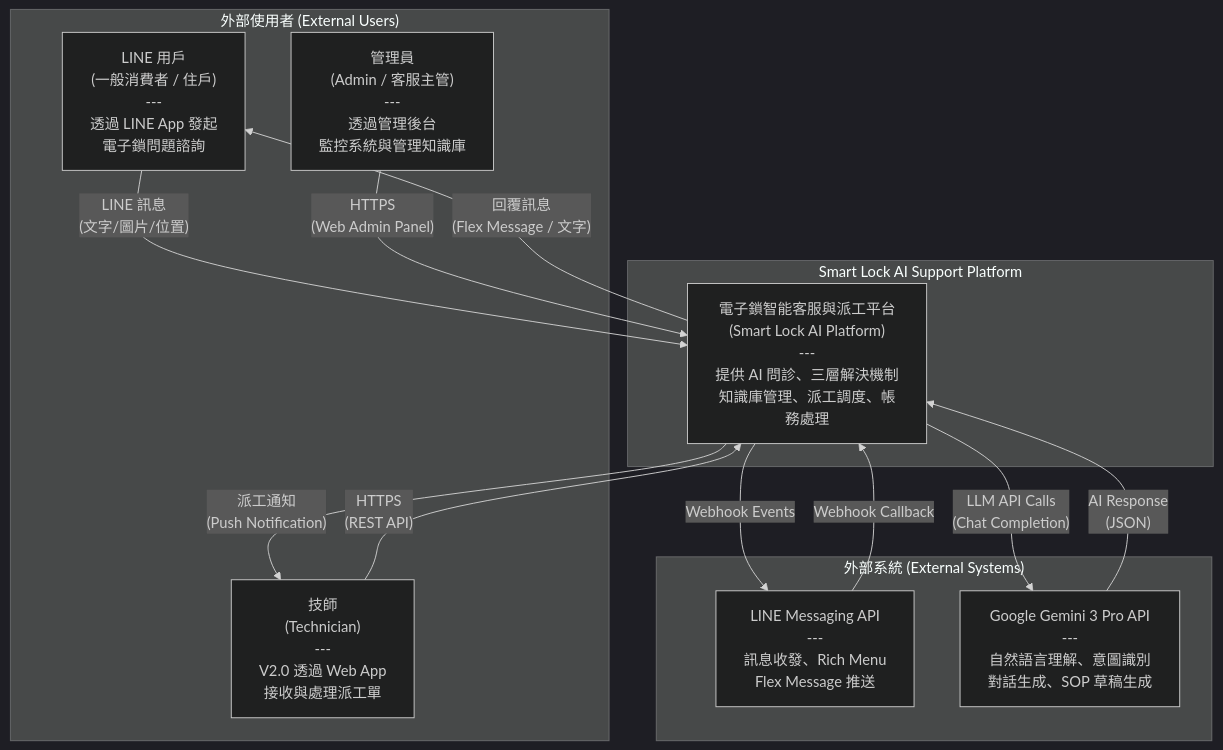
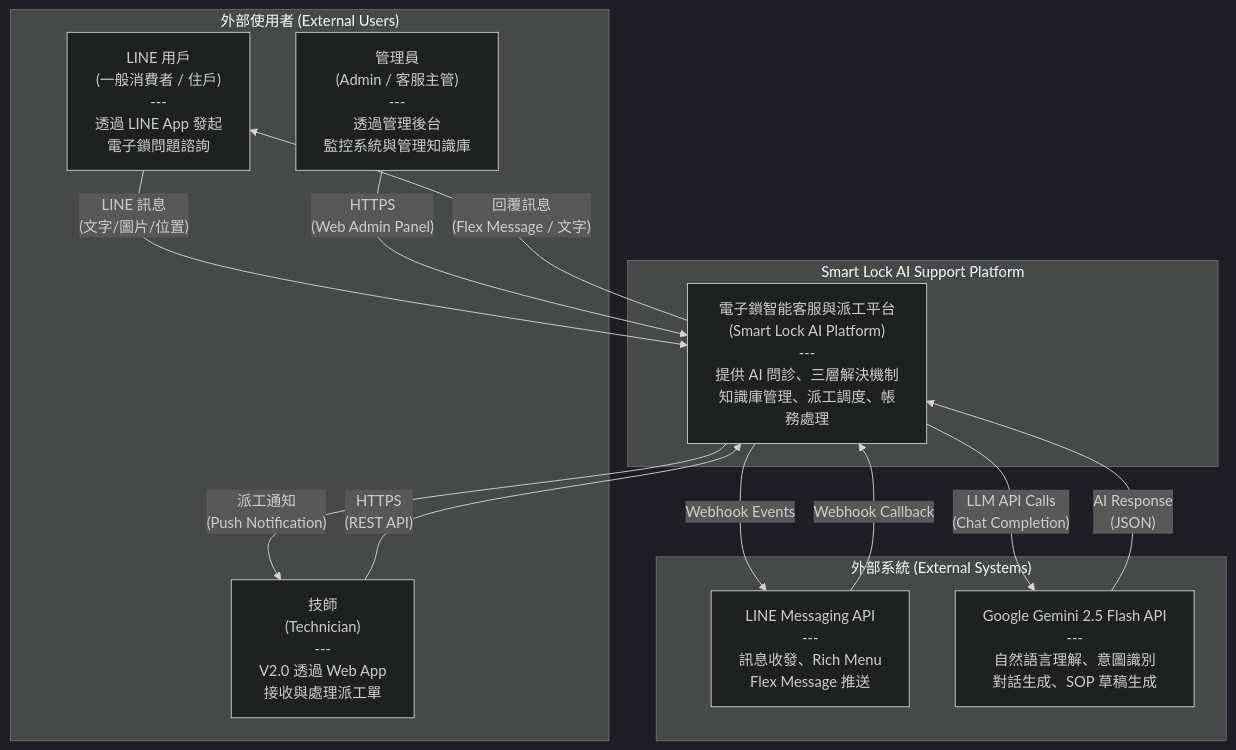
Before and after one commit to sunnyDataScience/Smart-Lock_AI_Support_Service_Dispatch_SaaS_Platform: the first of 11 diagrams in docs/project-docs/05_architecture_and_design_document.md, drawn with Mermaid (dark theme). The commit also changed other lines of this file and 22 other files, not shown here.

````diff
--- a/docs/project-docs/05_architecture_and_design_document.md
+++ b/docs/project-docs/05_architecture_and_design_document.md
@@ -66,27 +67,27 @@
 ```mermaid
 graph TB
     subgraph "外部使用者 (External Users)"
         LU["LINE 用戶<br/>(一般消費者 / 住戶)<br/>---<br/>透過 LINE App 發起<br/>電子鎖問題諮詢"]
         TU["技師<br/>(Technician)<br/>---<br/>V2.0 透過 Web App<br/>接收與處理派工單"]
         AU["管理員<br/>(Admin / 客服主管)<br/>---<br/>透過管理後台<br/>監控系統與管理知識庫"]
     end
 
     subgraph "Smart Lock AI Support Platform"
         SYS["電子鎖智能客服與派工平台<br/>(Smart Lock AI Platform)<br/>---<br/>提供 AI 問診、三層解決機制<br/>知識庫管理、派工調度、帳務處理"]
     end
 
     subgraph "外部系統 (External Systems)"
         LINE["LINE Messaging API<br/>---<br/>訊息收發、Rich Menu<br/>Flex Message 推送"]
-        GOOGLE_AI["Google Gemini 3 Pro API<br/>---<br/>自然語言理解、意圖識別<br/>對話生成、SOP 草稿生成"]
+        GOOGLE_AI["Google Gemini 2.5 Flash API<br/>---<br/>自然語言理解、意圖識別<br/>對話生成、SOP 草稿生成"]
     end
 
     LU -- "LINE 訊息<br/>(文字/圖片/位置)" --> SYS
     SYS -- "回覆訊息<br/>(Flex Message / 文字)" --> LU
     TU -- "HTTPS<br/>(REST API)" --> SYS
     SYS -- "派工通知<br/>(Push Notification)" --> TU
     AU -- "HTTPS<br/>(Web Admin Panel)" --> SYS
     SYS -- "Webhook Events" --> LINE
     LINE -- "Webhook Callback" --> SYS
     SYS -- "LLM API Calls<br/>(Chat Completion)" --> GOOGLE_AI
     GOOGLE_AI -- "AI Response<br/>(JSON)" --> SYS
 ```
````
